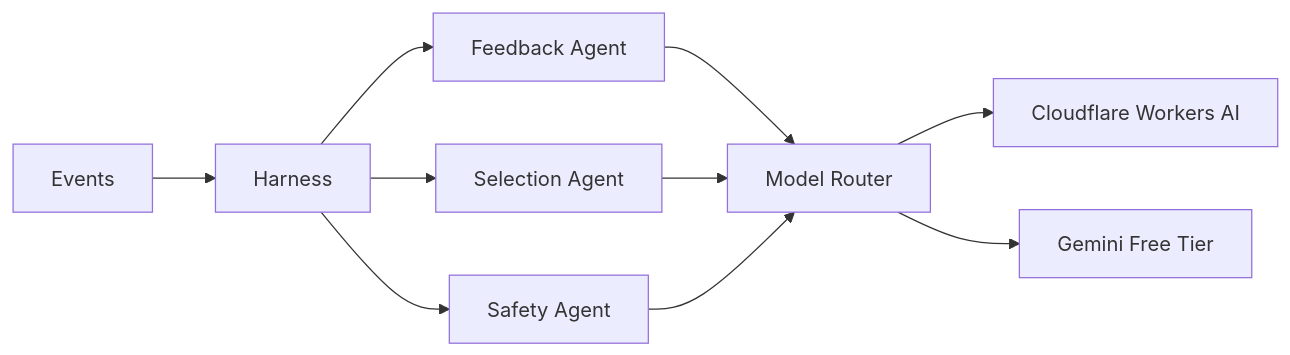
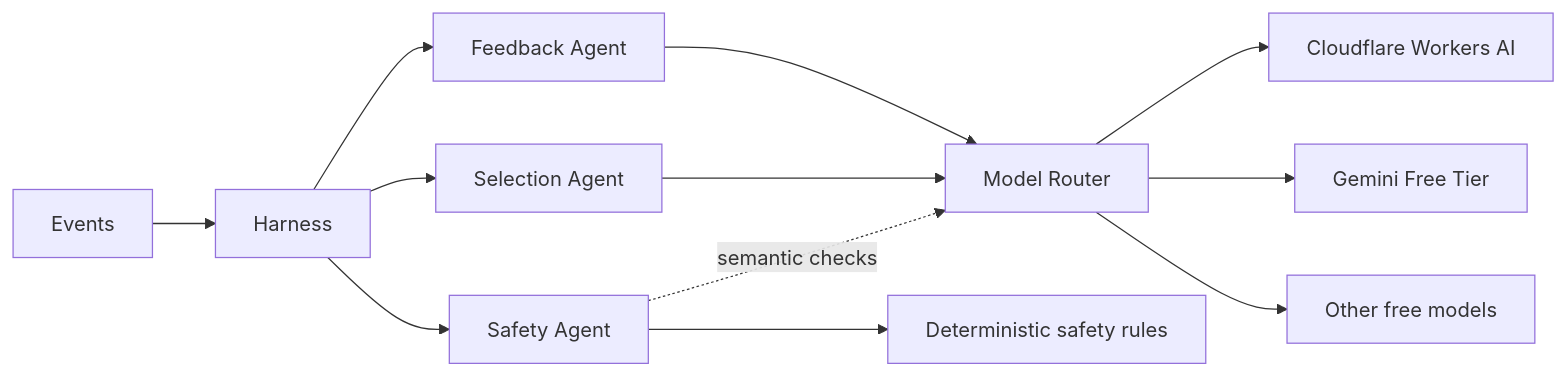
The second of 2 diagrams in README.md (LukshinVI/game-of-the-day), drawn with Mermaid before and after one commit. The commit also changed other lines of this file, not shown here.

````diff
--- a/README.md
+++ b/README.md
@@ -50,12 +97,14 @@
 ```mermaid
 flowchart LR
     E[Events] --> H[Harness]
     H --> FA[Feedback Agent]
     H --> SA[Selection Agent]
     H --> SAFE[Safety Agent]
     FA --> MR[Model Router]
     SA --> MR
-    SAFE --> MR
+    SAFE --> RULES[Deterministic safety rules]
+    SAFE -. semantic checks .-> MR
     MR --> CF[Cloudflare Workers AI]
     MR --> GM[Gemini Free Tier]
+    MR --> O[Other free models]
 ```
````
